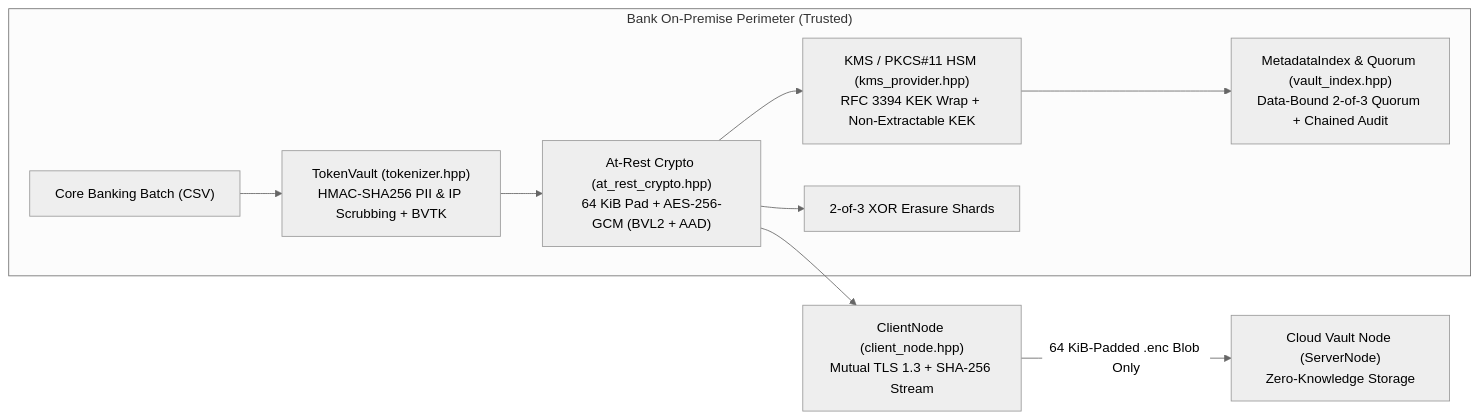
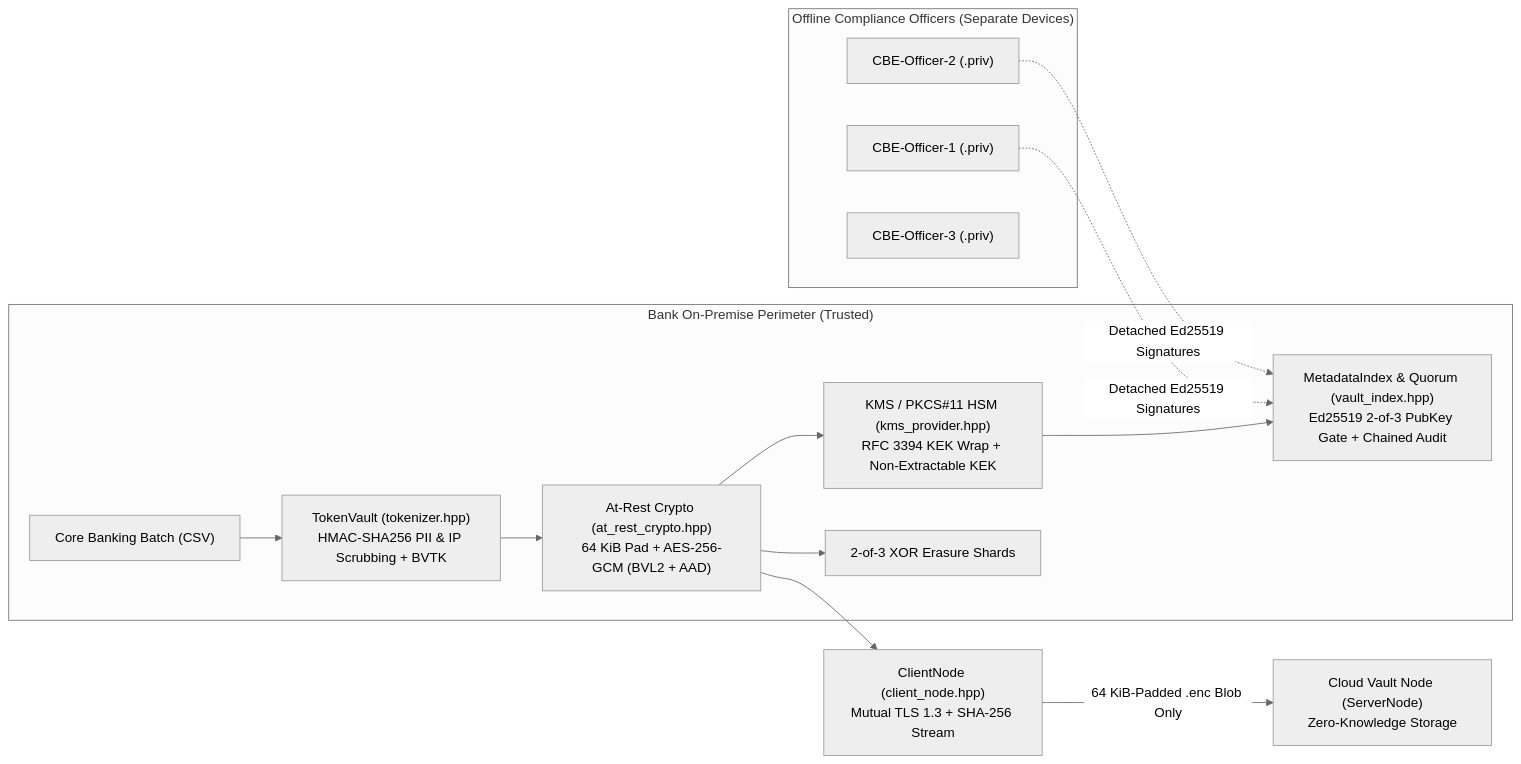
Before and after one commit to OmarAhmedTHE25th/BlindVault: the diagram in README.md, drawn with Mermaid (neutral theme). The commit also changed other lines of this file and 5 other files, not shown here.

````diff
--- a/README.md
+++ b/README.md
@@ -26,13 +26,20 @@
 ```mermaid
 flowchart LR
+    subgraph Officers["Offline Compliance Officers (Separate Devices)"]
+        O1["CBE-Officer-1 (.priv)"]
+        O2["CBE-Officer-2 (.priv)"]
+        O3["CBE-Officer-3 (.priv)"]
+    end
+
     subgraph Bank["Bank On-Premise Perimeter (Trusted)"]
         Core["Core Banking Batch (CSV)"] --> Tok["TokenVault (tokenizer.hpp)<br/>HMAC-SHA256 PII & IP Scrubbing + BVTK"]
         Tok --> Enc["At-Rest Crypto (at_rest_crypto.hpp)<br/>64 KiB Pad + AES-256-GCM (BVL2 + AAD)"]
         Enc --> KMS["KMS / PKCS#11 HSM (kms_provider.hpp)<br/>RFC 3394 KEK Wrap + Non-Extractable KEK"]
-        KMS --> Idx["MetadataIndex & Quorum (vault_index.hpp)<br/>Data-Bound 2-of-3 Quorum + Chained Audit"]
+        KMS --> Idx["MetadataIndex & Quorum (vault_index.hpp)<br/>Ed25519 2-of-3 PubKey Gate + Chained Audit"]
         Enc --> Shards["2-of-3 XOR Erasure Shards"]
     end
 
+    O1 & O2 -.->|"Detached Ed25519 Signatures"| Idx
     Enc --> Client["ClientNode (client_node.hpp)<br/>Mutual TLS 1.3 + SHA-256 Stream"]
     Client -->|"64 KiB-Padded .enc Blob Only"| Cloud["Cloud Vault Node (ServerNode)<br/>Zero-Knowledge Storage"]
 ```
````
